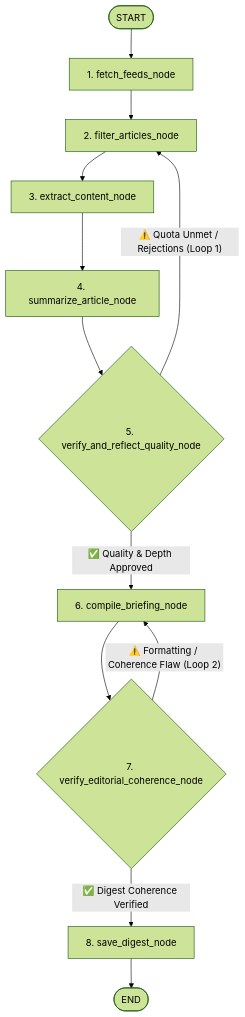
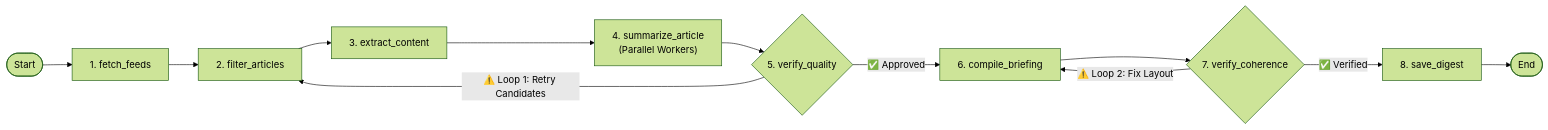
Before and after one commit to GoogleCloudPlatform/devrel-demos: the second of 2 diagrams in ai-ml/tech-briefing-agent/README.md, drawn with Mermaid (forest theme). The commit also changed 1 other file, not shown here.

Commit message:
fix(docs): improve ADK workflow diagram with compact horizontal layout

````diff
--- a/ai-ml/tech-briefing-agent/README.md
+++ b/ai-ml/tech-briefing-agent/README.md
@@ -54,18 +54,17 @@
 ```mermaid
-flowchart TD
-    Start([START]) --> Fetch[1. fetch_feeds_node]
-    Fetch --> Filter[2. filter_articles_node]
-    Filter --> Extract[3. extract_content_node]
-    Extract --> Summarize[4. summarize_article_node]
-    Summarize --> QualityJudge{5. verify_and_reflect_quality_node}
-    
-    %% Loop 1: Article Quality & Grounding
-    QualityJudge -- "⚠️ Quota Unmet / Rejections (Loop 1)" --> Filter
-    QualityJudge -- "✅ Quality & Depth Approved" --> Compile[6. compile_briefing_node]
-    
-    %% Loop 2: Whole-Document Editorial Coherence
-    Compile --> EditorialJudge{7. verify_editorial_coherence_node}
-    EditorialJudge -- "⚠️ Formatting / Coherence Flaw (Loop 2)" --> Compile
-    EditorialJudge -- "✅ Digest Coherence Verified" --> Save[8. save_digest_node]
-    Save --> End([END])
+flowchart LR
+    Start([Start]) --> Fetch["1. fetch_feeds"]
+    Fetch --> Filter["2. filter_articles"]
+    Filter --> Extract["3. extract_content"]
+    Extract --> Summarize["4. summarize_article<br/>(Parallel Workers)"]
+    Summarize --> QualityJudge{"5. verify_quality"}
+
+    %% Reflection Loops
+    QualityJudge -- "⚠️ Loop 1: Retry Candidates" --> Filter
+    QualityJudge -- "✅ Approved" --> Compile["6. compile_briefing"]
+
+    Compile --> EditorialJudge{"7. verify_coherence"}
+    EditorialJudge -- "⚠️ Loop 2: Fix Layout" --> Compile
+    EditorialJudge -- "✅ Verified" --> Save["8. save_digest"]
+    Save --> EndNode([End])
 ```
````
